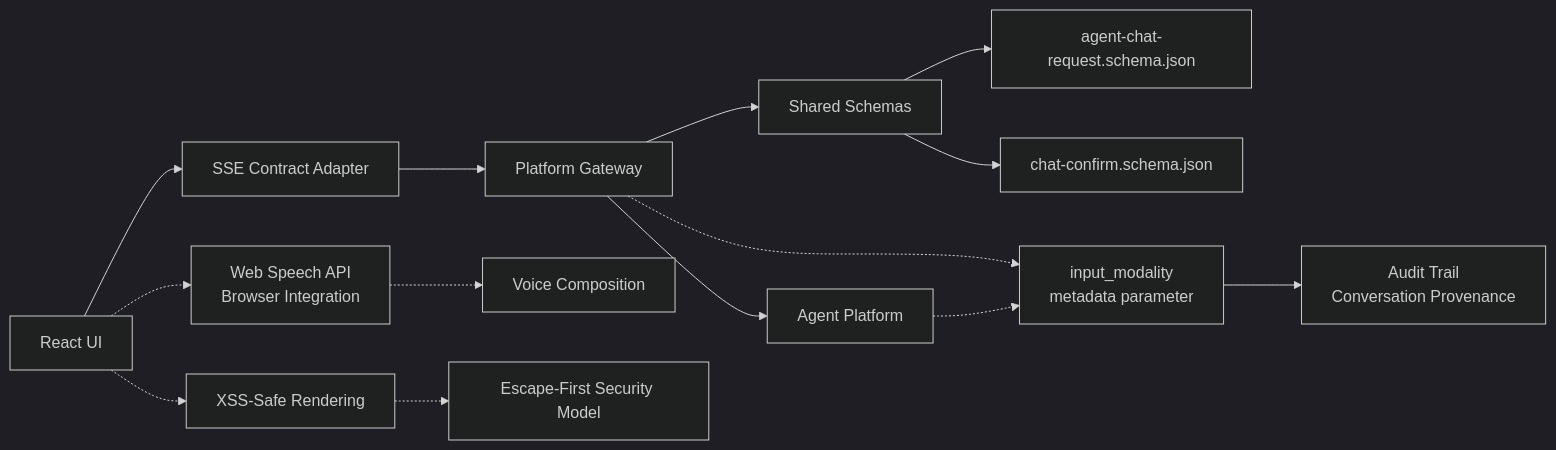
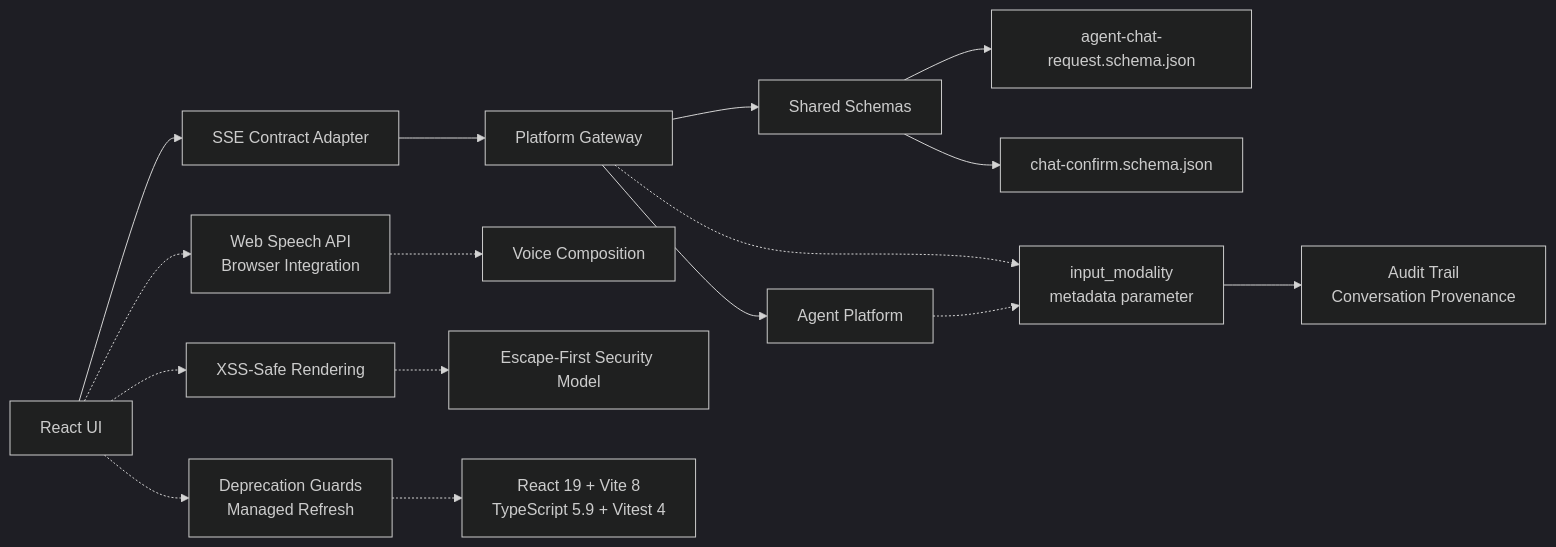
One commit to metasync/luban-aiops changed the tenth of 11 diagrams in .qoder/repowiki/en/content/Architecture Documentation/SPEC-023_ Portal Framework Rebuild Specification.md. Above: the diagram before and after it, drawn with Mermaid (dark theme). The commit also changed other lines of this file and 19 other files, not shown here.

````diff
--- a/.qoder/repowiki/en/content/Architecture Documentation/SPEC-023_ Portal Framework Rebuild Specification.md
+++ b/.qoder/repowiki/en/content/Architecture Documentation/SPEC-023_ Portal Framework Rebuild Specification.md
@@ -373,16 +397,18 @@
 ```mermaid
 graph LR
 UI["React UI"] --> Adapter["SSE Contract Adapter"]
 Adapter --> GW["Platform Gateway"]
 GW --> Contracts["Shared Schemas"]
 GW --> Agent["Agent Platform"]
 Contracts --> ChatReq["agent-chat-request.schema.json"]
 Contracts --> Confirm["chat-confirm.schema.json"]
 GW -.-> Modality["input_modality<br/>metadata parameter"]
 Agent -.-> Modality
 Modality --> Audit["Audit Trail<br/>Conversation Provenance"]
 UI -.-> SpeechAPI["Web Speech API<br/>Browser Integration"]
 SpeechAPI -.-> VoiceInput["Voice Composition"]
 UI -.-> Markdown["XSS-Safe Rendering"]
 Markdown -.-> Security["Escape-First Security Model"]
+UI -.-> DepHygiene["Deprecation Guards<br/>Managed Refresh"]
+DepHygiene -.-> ModernStack["React 19 + Vite 8<br/>TypeScript 5.9 + Vitest 4"]
 ```
````
